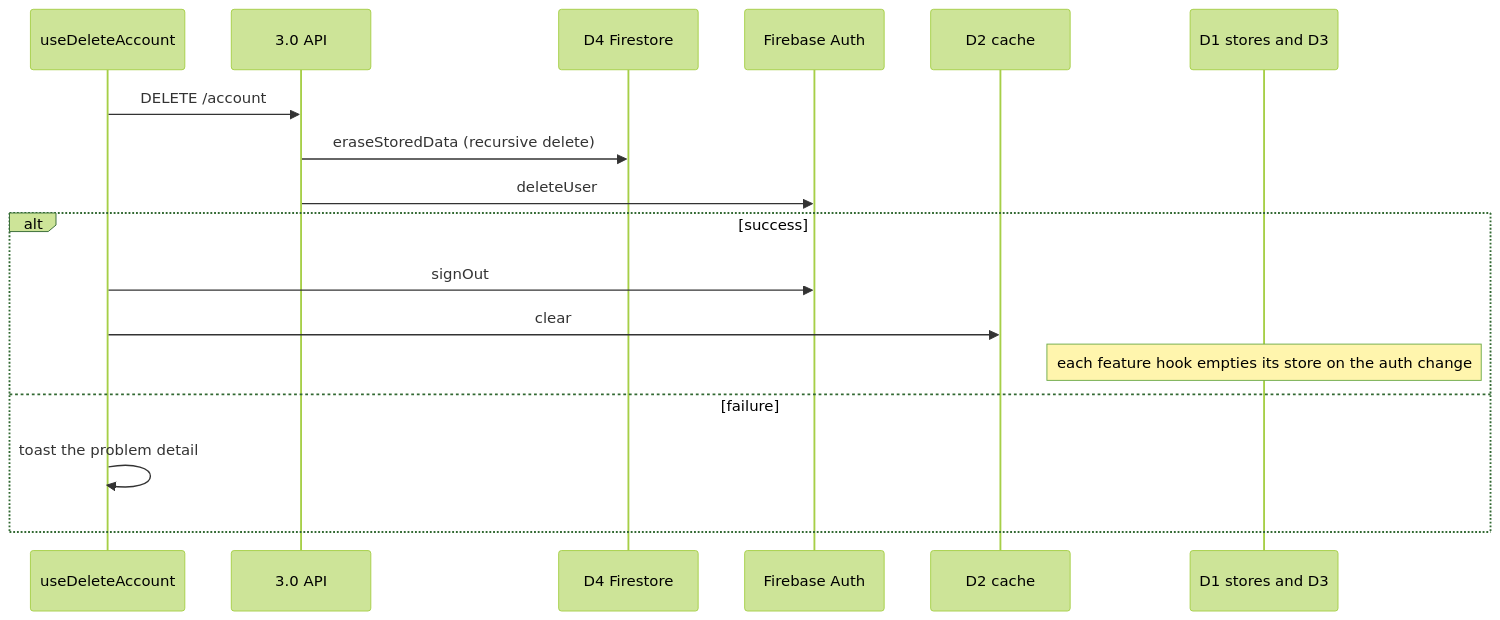
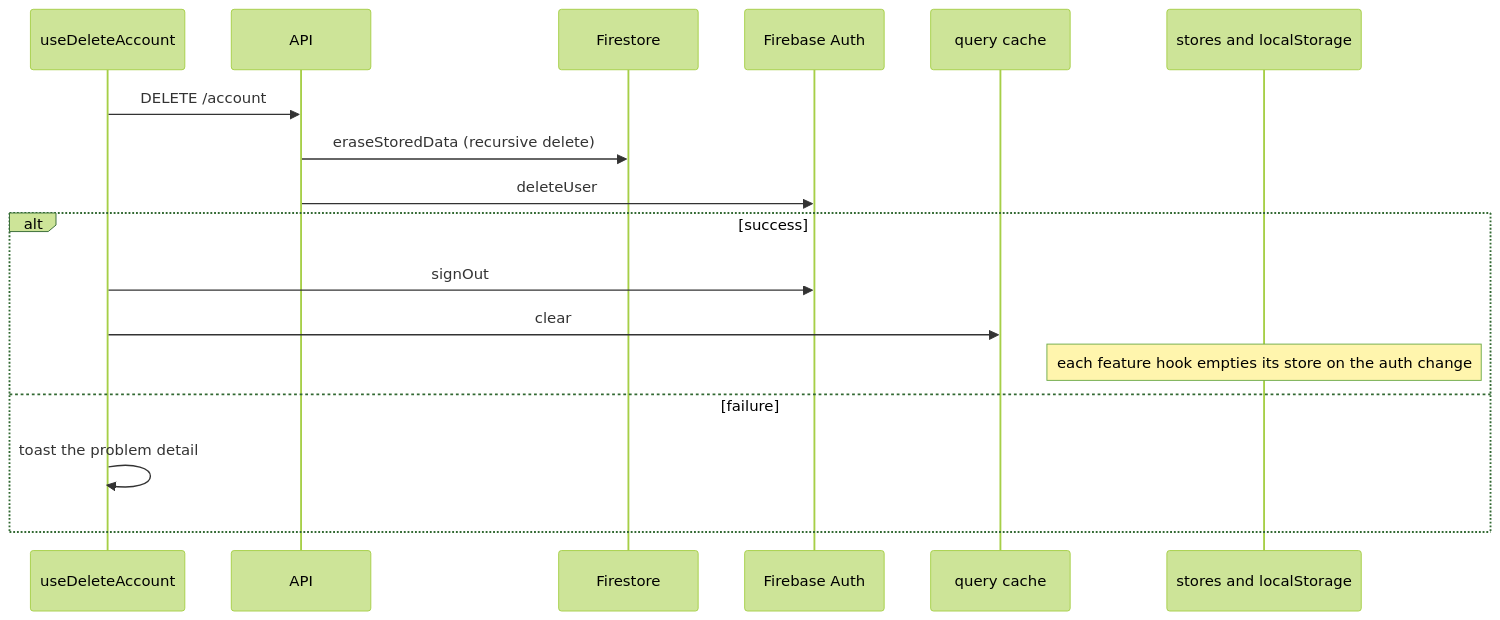
The fourth of 4 diagrams in docs/reference/data-flow-write-paths.md (dungeon-studio/genshin.dungeon.studio), drawn with Mermaid (forest theme) before and after one commit. The commit also changed other lines of this file and 2 other files, not shown here.

First line of the commit message:
docs: name data flow stores and processes in prose

````diff
--- a/docs/reference/data-flow-write-paths.md
+++ b/docs/reference/data-flow-write-paths.md
@@ -150,20 +149,20 @@
 ```mermaid
 sequenceDiagram
   participant Hook as useDeleteAccount
-  participant API as 3.0 API
-  participant FS as D4 Firestore
+  participant API as API
+  participant FS as Firestore
   participant FA as Firebase Auth
-  participant Cache as D2 cache
-  participant Stores as D1 stores and D3
+  participant Cache as query cache
+  participant Stores as stores and localStorage
 
   Hook->>API: DELETE /account
   API->>FS: eraseStoredData (recursive delete)
   API->>FA: deleteUser
   alt success
     Hook->>FA: signOut
     Hook->>Cache: clear
     Note over Stores: each feature hook empties its store on the auth change
   else failure
     Hook->>Hook: toast the problem detail
   end
 ```
````
